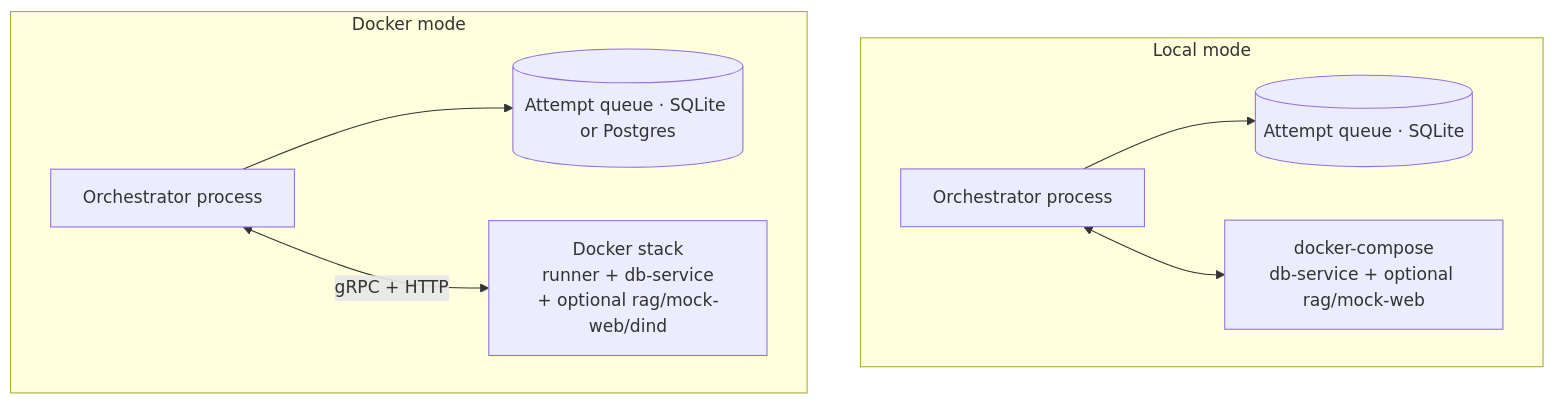
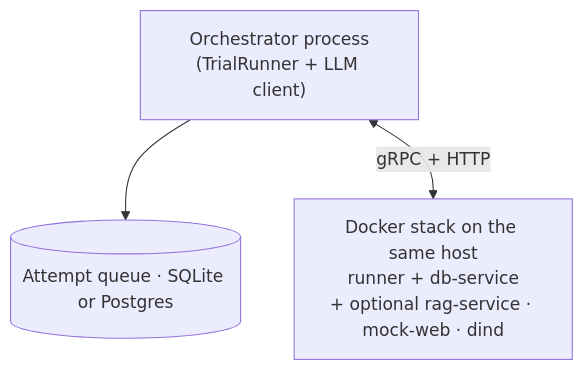
Before and after one commit to Toloka/tolokaforge: the fifth of 5 diagrams in docs/architecture/README.md, drawn with Mermaid. The commit also changed other lines of this file, not shown here.

````diff
--- a/docs/architecture/README.md
+++ b/docs/architecture/README.md
@@ -203,18 +199,9 @@
 ```mermaid
 flowchart TB
-    subgraph Local["Local mode"]
-        L_Orch["Orchestrator process"]
-        L_Q[("Attempt queue · SQLite")]
-        L_Env["docker-compose<br/>db-service + optional rag/mock-web"]
-        L_Orch --> L_Q
-        L_Orch <--> L_Env
-    end
+    Orch["Orchestrator process<br/>(TrialRunner + LLM client)"]
+    Q[("Attempt queue · SQLite or Postgres")]
+    Stack["Docker stack on the same host<br/>runner + db-service<br/>+ optional rag-service · mock-web · dind"]
 
-    subgraph DockerMode["Docker mode"]
-        D_Orch["Orchestrator process"]
-        D_Q[("Attempt queue · SQLite or Postgres")]
-        D_Stack["Docker stack<br/>runner + db-service<br/>+ optional rag/mock-web/dind"]
-        D_Orch --> D_Q
-        D_Orch <-->|gRPC + HTTP| D_Stack
-    end
+    Orch --> Q
+    Orch <-->|gRPC + HTTP| Stack
 ```
````
